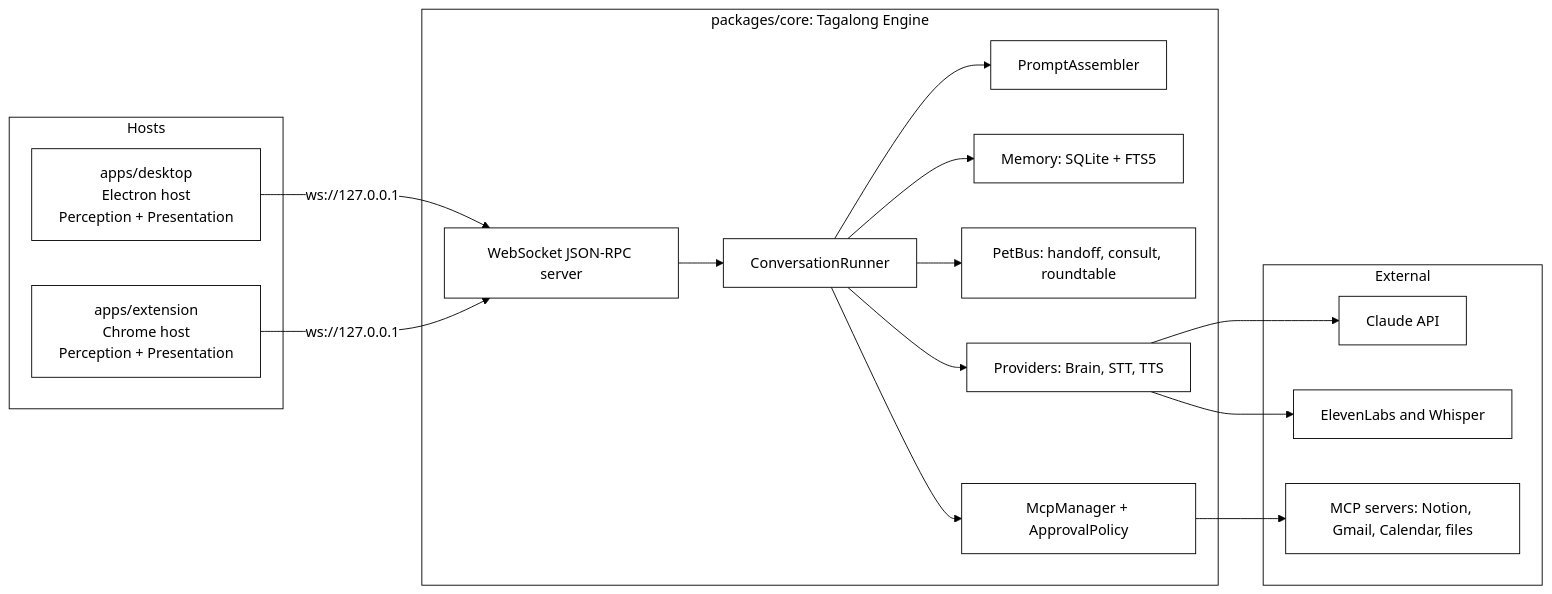
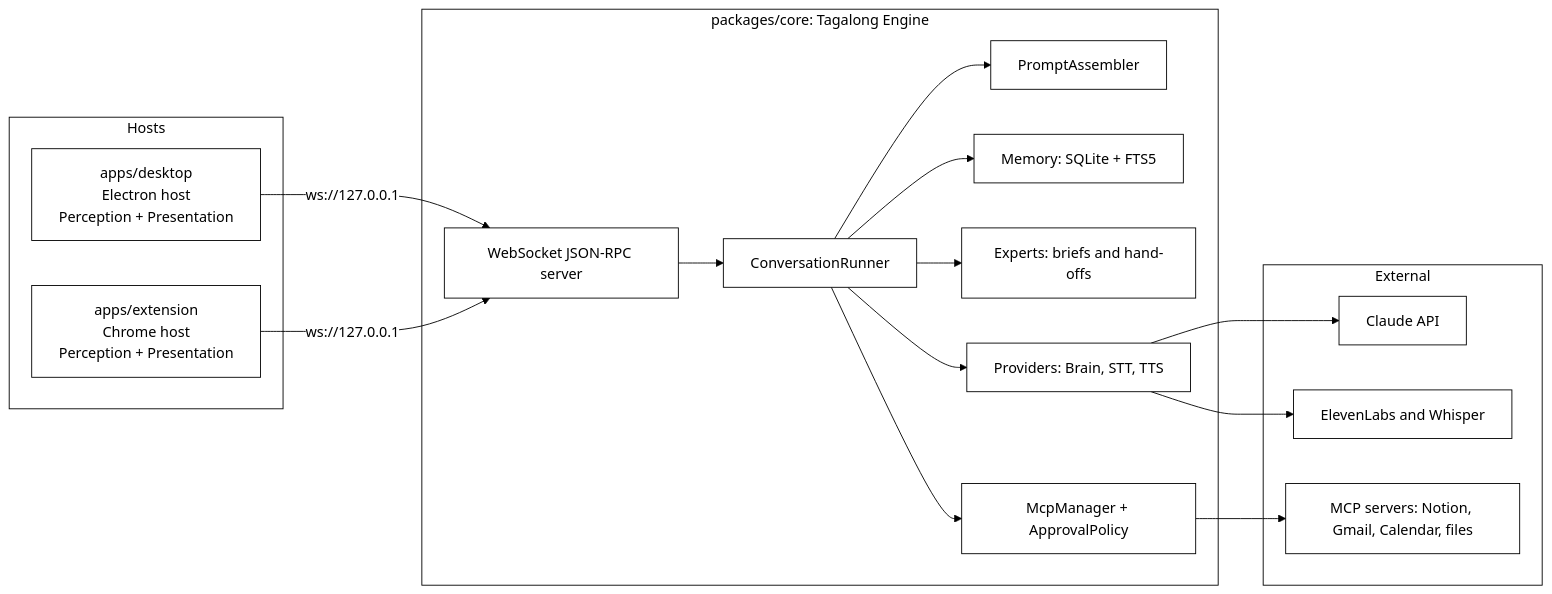
Before and after one commit to nadeem4/tagalong: the first of 13 diagrams in docs/architecture.md, drawn with Mermaid. The commit also changed other lines of this file and 93 other files, not shown here.

````diff
--- a/docs/architecture.md
+++ b/docs/architecture.md
@@ -25,33 +25,33 @@
 ```mermaid
 %%{init: {"theme": "base", "themeVariables": {"primaryColor": "#ffffff", "primaryTextColor": "#000000", "primaryBorderColor": "#000000", "lineColor": "#000000", "secondaryColor": "#ffffff", "tertiaryColor": "#ffffff", "background": "#ffffff", "clusterBkg": "#ffffff", "clusterBorder": "#000000"}}}%%
 flowchart LR
   subgraph Hosts
     D["apps/desktop<br>Electron host<br>Perception + Presentation"]
     E["apps/extension<br>Chrome host<br>Perception + Presentation"]
   end
   subgraph Core["packages/core: Tagalong Engine"]
     S["WebSocket JSON-RPC server"]
     R["ConversationRunner"]
     P["PromptAssembler"]
     M["Memory: SQLite + FTS5"]
-    B["PetBus: handoff, consult, roundtable"]
+    B["Experts: briefs and hand-offs"]
     T["McpManager + ApprovalPolicy"]
     PR["Providers: Brain, STT, TTS"]
   end
   subgraph External
     C["Claude API"]
     V["ElevenLabs and Whisper"]
     X["MCP servers: Notion, Gmail, Calendar, files"]
   end
   D -- "ws://127.0.0.1" --> S
   E -- "ws://127.0.0.1" --> S
   S --> R
   R --> P
   R --> M
   R --> B
   R --> T
   R --> PR
   PR --> C
   PR --> V
   T --> X
 ```
````
